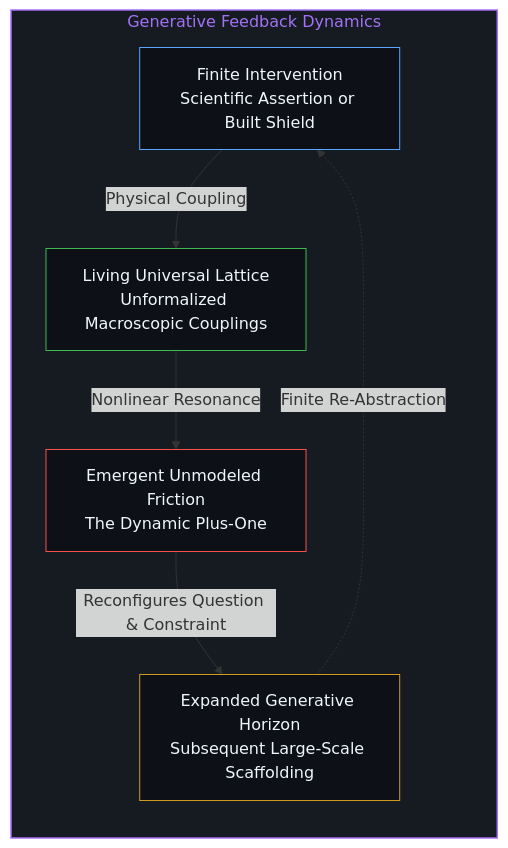
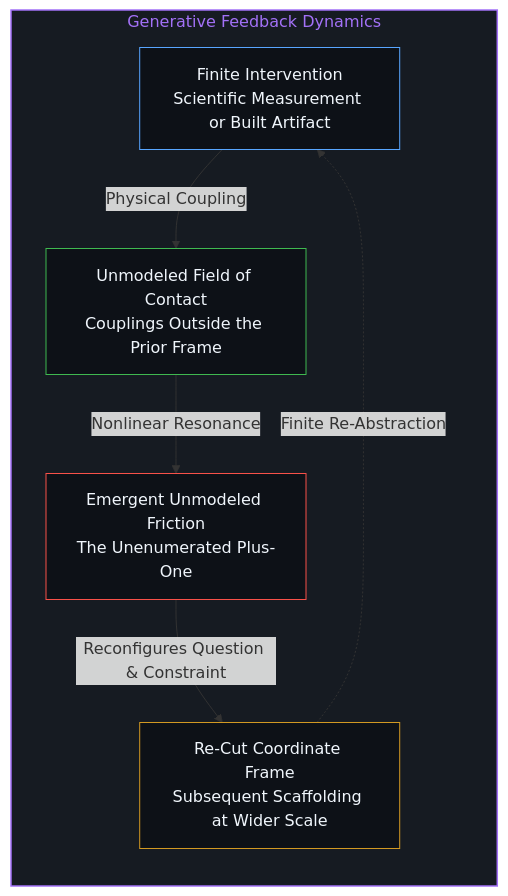
The fourth of 4 diagrams in content/posts/the-closed-n-and-the-open-reality.md (powerpig99/not-a-toe), drawn with Mermaid before and after one commit. The commit also changed other lines of this file and 13 other files, not shown here.

````diff
--- a/content/posts/the-closed-n-and-the-open-reality.md
+++ b/content/posts/the-closed-n-and-the-open-reality.md
@@ -119,19 +119,19 @@
 ```mermaid
 flowchart TD
     subgraph S_FEEDBACK[" Generative Feedback Dynamics "]
         direction TB
-        NODE_ACT["Finite Intervention<br/>Scientific Assertion or Built Shield"]
-        NODE_WORLD["Living Universal Lattice<br/>Unformalized Macroscopic Couplings"]
-        NODE_NEW["Emergent Unmodeled Friction<br/>The Dynamic Plus-One"]
-        NODE_NEXT["Expanded Generative Horizon<br/>Subsequent Large-Scale Scaffolding"]
+        NODE_ACT["Finite Intervention<br/>Scientific Measurement or Built Artifact"]
+        NODE_WORLD["Unmodeled Field of Contact<br/>Couplings Outside the Prior Frame"]
+        NODE_NEW["Emergent Unmodeled Friction<br/>The Unenumerated Plus-One"]
+        NODE_NEXT["Re-Cut Coordinate Frame<br/>Subsequent Scaffolding at Wider Scale"]
     end
     NODE_ACT -->|Physical Coupling| NODE_WORLD
     NODE_WORLD -->|Nonlinear Resonance| NODE_NEW
     NODE_NEW -->|Reconfigures Question & Constraint| NODE_NEXT
     NODE_NEXT -.->|Finite Re-Abstraction| NODE_ACT
     style S_FEEDBACK fill:#161b22,stroke:#a371f7,stroke-width:1.5px,color:#a371f7
     style NODE_ACT fill:#0d1117,stroke:#58a6ff,stroke-width:1px,color:#f0f6fc
     style NODE_WORLD fill:#0d1117,stroke:#3fb950,stroke-width:1px,color:#f0f6fc
     style NODE_NEW fill:#0d1117,stroke:#f85149,stroke-width:1px,color:#f0f6fc
     style NODE_NEXT fill:#0d1117,stroke:#d29922,stroke-width:1px,color:#f0f6fc
 ```
````
